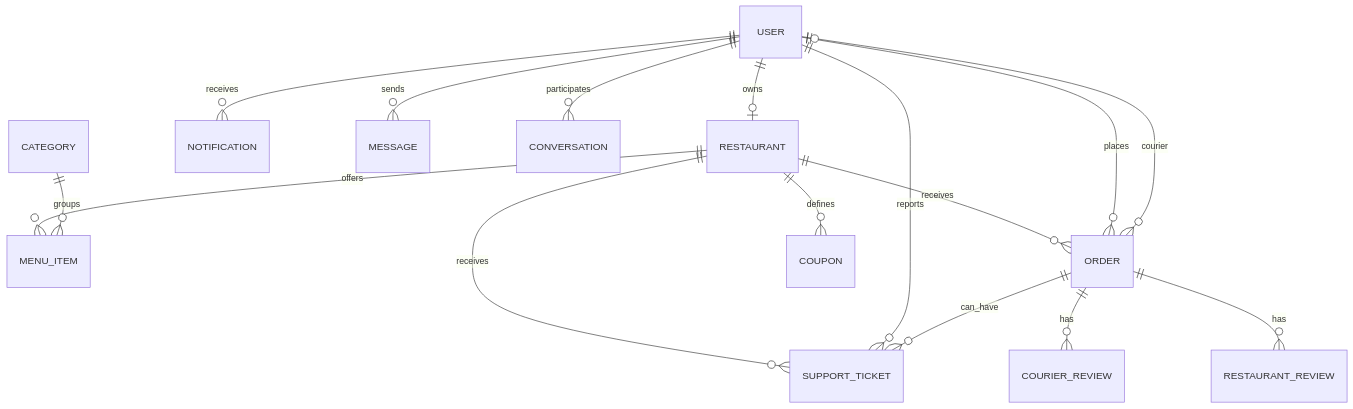
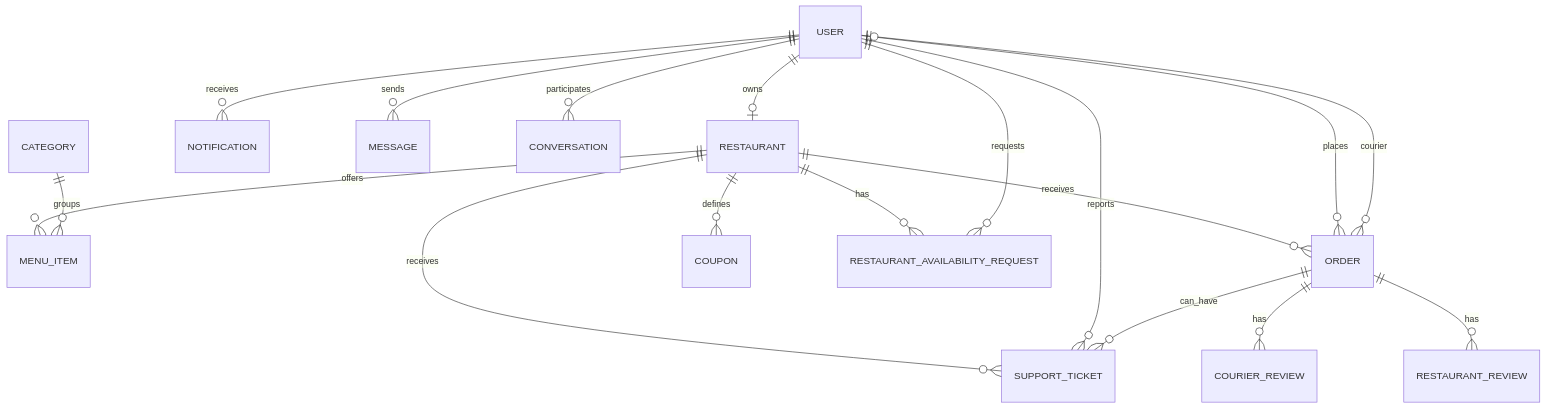
Before and after one commit to kimamovic21/food-ordering-app-nextjs-cwd-yt-2023: the third of 8 diagrams in ARCHITECTURE.md, drawn with Mermaid. The commit also changed other lines of this file and 34 other files, not shown here.

First line of the commit message:
Add restaurant reports and availability alerts

````diff
--- a/ARCHITECTURE.md
+++ b/ARCHITECTURE.md
@@ -95,18 +97,20 @@
 ```mermaid
 erDiagram
   USER ||--o| RESTAURANT : owns
   RESTAURANT ||--o{ MENU_ITEM : offers
   RESTAURANT ||--o{ ORDER : receives
   RESTAURANT ||--o{ COUPON : defines
   RESTAURANT ||--o{ SUPPORT_TICKET : receives
+  RESTAURANT ||--o{ RESTAURANT_AVAILABILITY_REQUEST : has
   USER ||--o{ ORDER : places
   USER ||--o{ NOTIFICATION : receives
+  USER ||--o{ RESTAURANT_AVAILABILITY_REQUEST : requests
   USER ||--o{ SUPPORT_TICKET : reports
   USER ||--o{ MESSAGE : sends
   USER ||--o{ CONVERSATION : participates
   ORDER ||--o{ RESTAURANT_REVIEW : has
   ORDER ||--o{ COURIER_REVIEW : has
   ORDER ||--o{ SUPPORT_TICKET : can_have
   ORDER }o--o| USER : courier
   CATEGORY ||--o{ MENU_ITEM : groups
 ```
````
